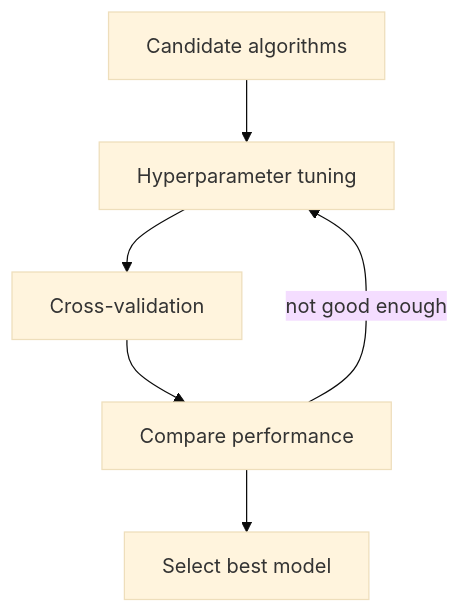
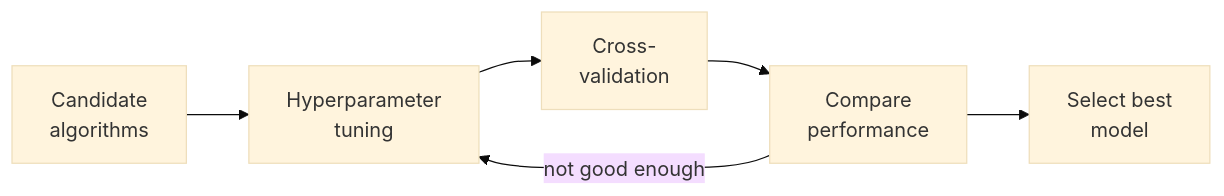
One commit to SureshAmal/learnmaker changed the diagram in markdown-ml/unit3/4.md. Above: the diagram before and after it, drawn with Mermaid (base theme). The commit also changed other lines of this file and 668 other files, not shown here.

````diff
--- a/markdown-ml/unit3/4.md
+++ b/markdown-ml/unit3/4.md
@@ -10,8 +10,8 @@
 ```mermaid
-flowchart TD
-    A["Candidate algorithms"] --> B["Hyperparameter tuning"]
-    B --> C["Cross-validation"]
-    C --> D["Compare performance"]
-    D --> E["Select best model"]
+flowchart LR
+    A["Candidate<br/>algorithms"] --> B["Hyperparameter<br/>tuning"]
+    B --> C["Cross-<br/>validation"]
+    C --> D["Compare<br/>performance"]
+    D --> E["Select best<br/>model"]
     D -->|"not good enough"| B
 ```
````
